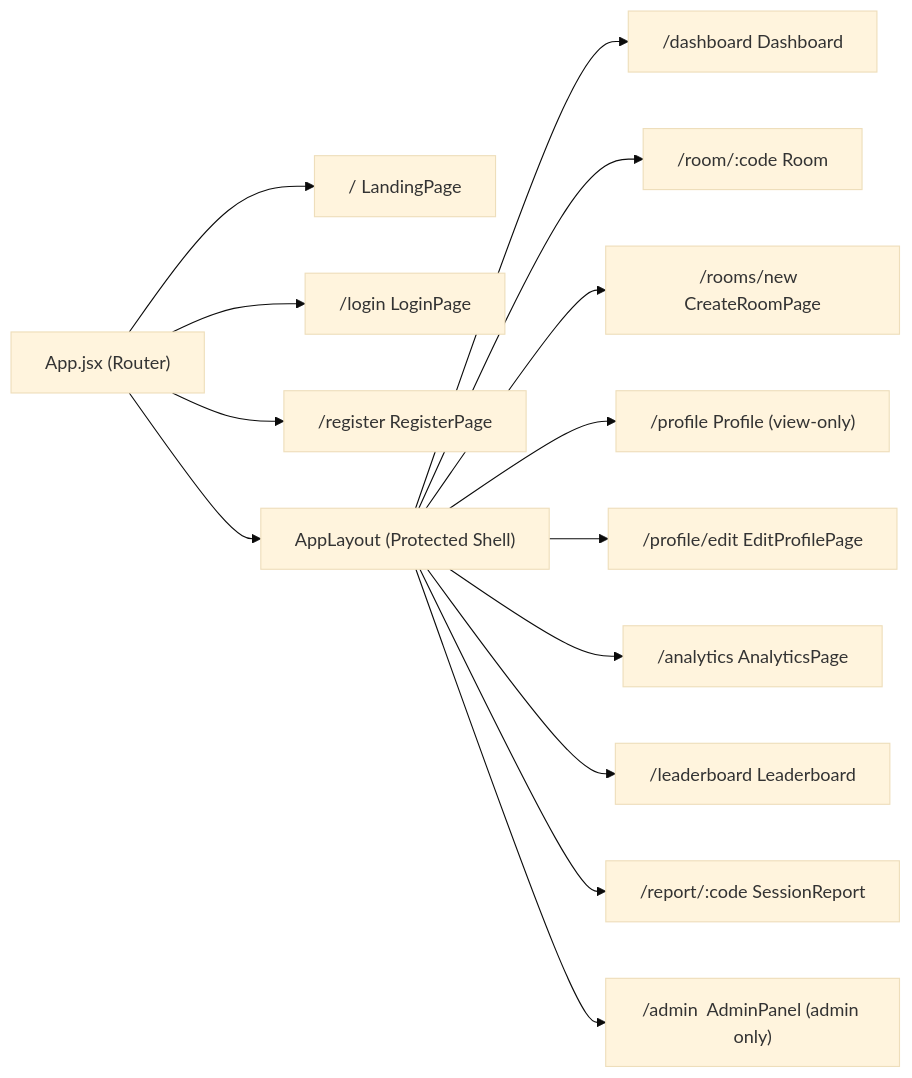
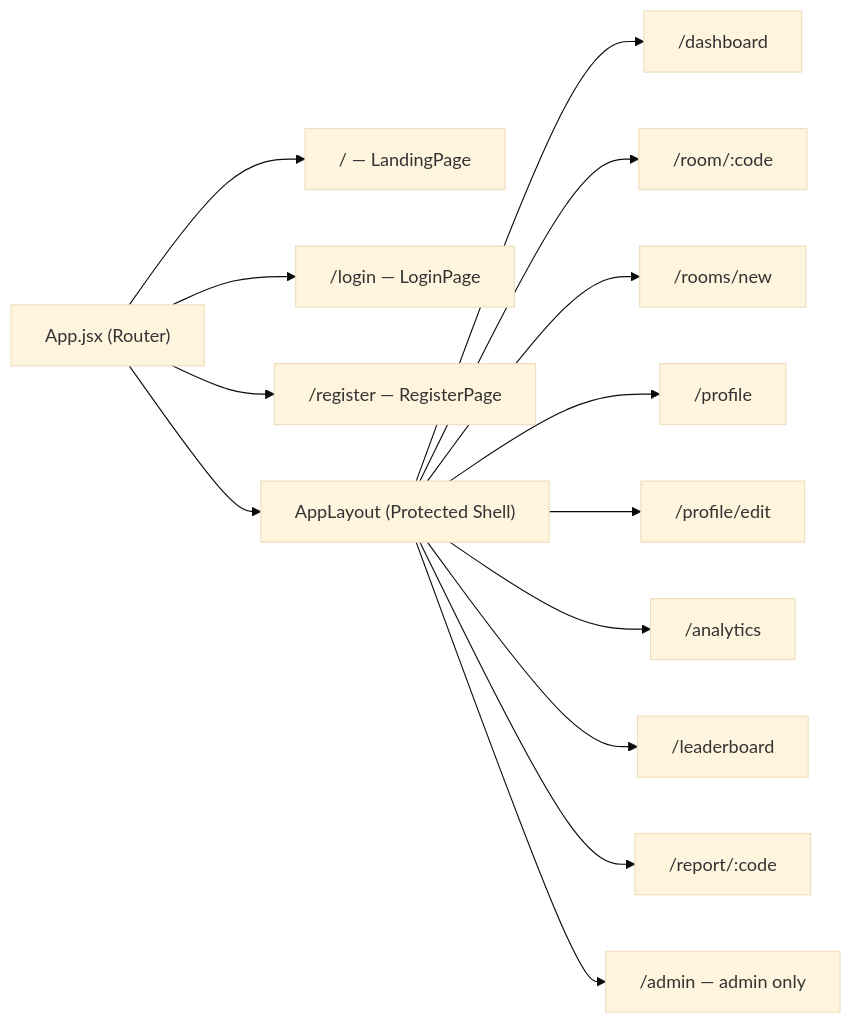
One commit to JahnviAghera/sp changed the second of 14 diagrams in SpeakSpace_Project_Documentation.md. Above: the diagram before and after it, drawn with Mermaid (base theme). The commit also changed other lines of this file, not shown here.

Commit message:
docs: overhaul project documentation with improved architecture descriptions, structural refinements, and updated technical diagrams

````diff
--- a/SpeakSpace_Project_Documentation.md
+++ b/SpeakSpace_Project_Documentation.md
@@ -113,20 +127,19 @@
 ```mermaid
 graph LR
     App["App.jsx (Router)"]
 
-    App --> Landing["/  LandingPage"]
-    App --> Login["/login  LoginPage"]
-    App --> Register["/register  RegisterPage"]
-
+    App --> Landing["/ — LandingPage"]
+    App --> Login["/login — LoginPage"]
+    App --> Register["/register — RegisterPage"]
     App --> AppLayout["AppLayout (Protected Shell)"]
 
-    AppLayout --> Dashboard["/dashboard  Dashboard"]
-    AppLayout --> Room["/room/:code  Room"]
-    AppLayout --> CreateRoom["/rooms/new  CreateRoomPage"]
-    AppLayout --> Profile["/profile  Profile (view-only)"]
-    AppLayout --> EditProfile["/profile/edit  EditProfilePage"]
-    AppLayout --> Analytics["/analytics  AnalyticsPage"]
-    AppLayout --> Leaderboard["/leaderboard  Leaderboard"]
-    AppLayout --> Report["/report/:code  SessionReport"]
-    AppLayout --> Admin["/admin  AdminPanel (admin only)"]
+    AppLayout --> Dashboard["/dashboard"]
+    AppLayout --> Room["/room/:code"]
+    AppLayout --> CreateRoom["/rooms/new"]
+    AppLayout --> Profile["/profile"]
+    AppLayout --> EditProfile["/profile/edit"]
+    AppLayout --> Analytics["/analytics"]
+    AppLayout --> Leaderboard["/leaderboard"]
+    AppLayout --> Report["/report/:code"]
+    AppLayout --> Admin["/admin — admin only"]
 ```
````
